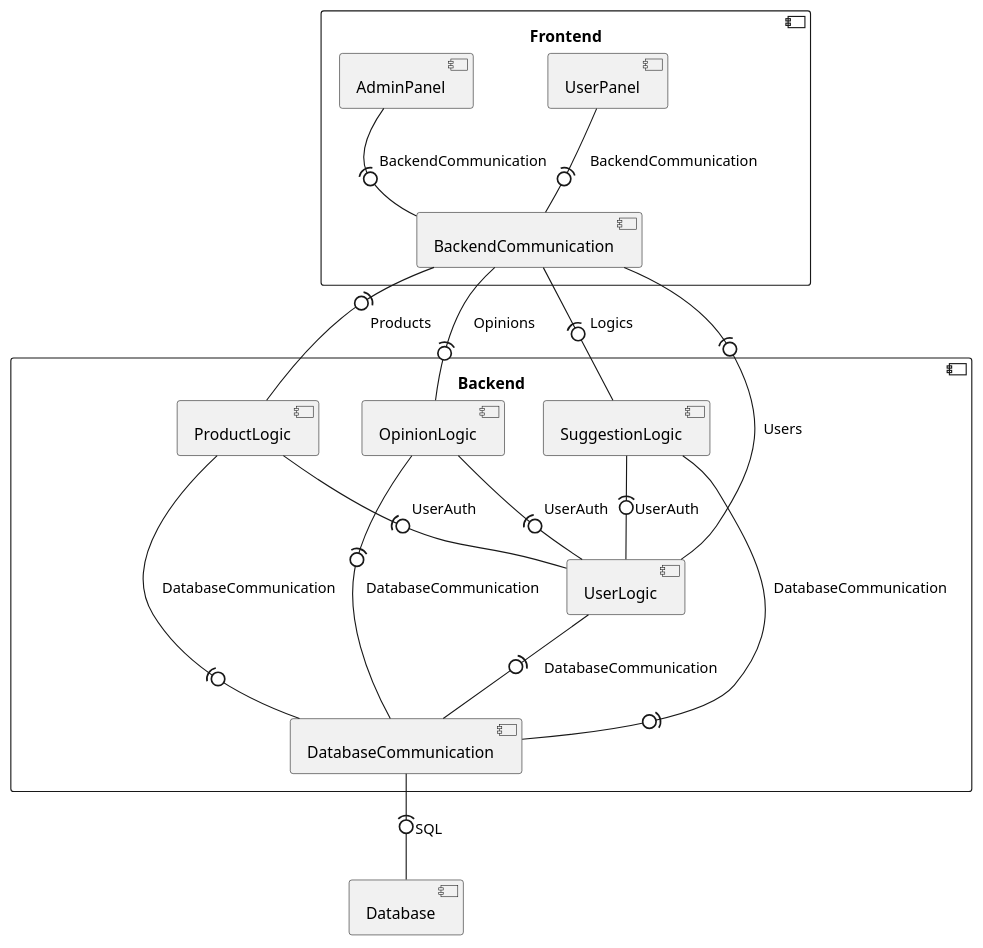
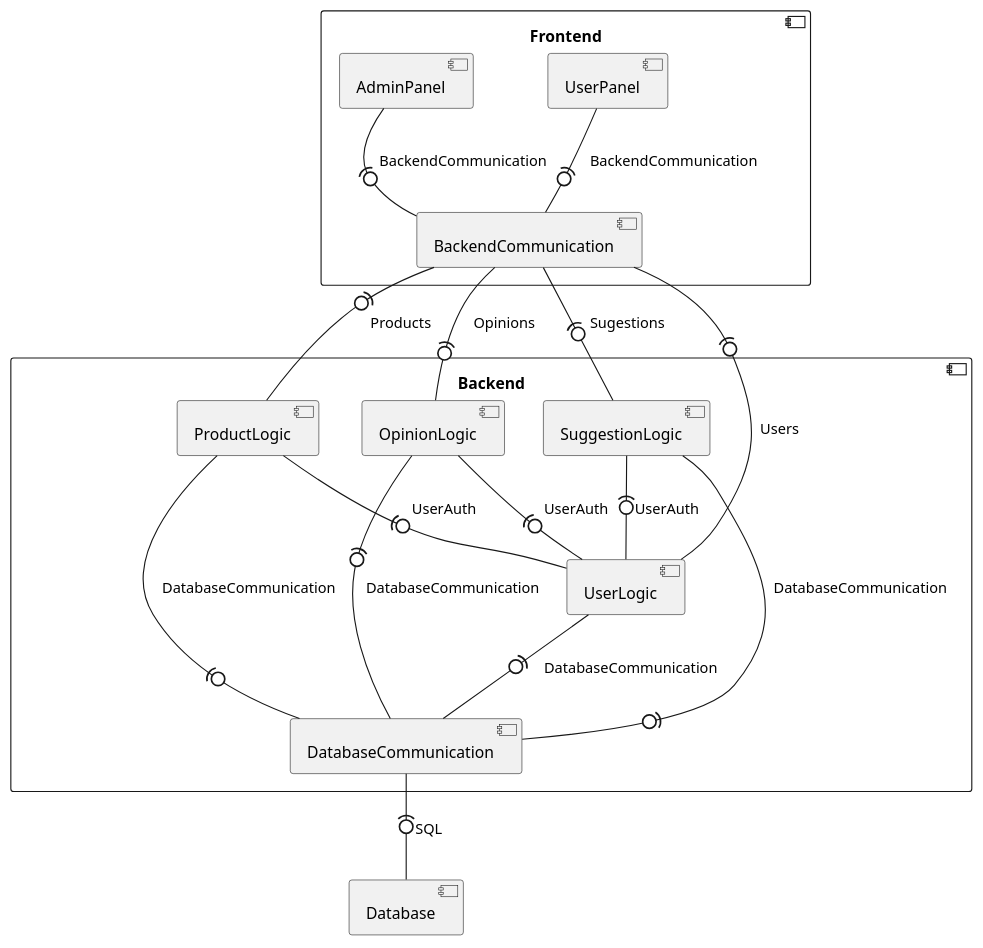
The first of 5 diagrams in README.md (RadekBucki/OpinionCollectorArchitecture), drawn with PlantUML before and after one commit.

````diff
--- a/README.md
+++ b/README.md
@@ -7,51 +7,51 @@
 ```plantuml
 @startuml
 component Frontend {
     component UserPanel {
     }
     
     component AdminPanel {
     }
     
     component BackendCommunication {
     }
 }
 
 component Backend {
     component UserLogic {
     }
     component ProductLogic {
     }
     component OpinionLogic {
     }
     component SuggestionLogic {
     }
     
     component DatabaseCommunication {
     }
 }
 
 component Database {
 }
 
 DatabaseCommunication -(0- Database: SQL
 
 UserLogic             -(0- DatabaseCommunication : DatabaseCommunication
 ProductLogic          -(0- DatabaseCommunication : DatabaseCommunication
 OpinionLogic          -(0- DatabaseCommunication : DatabaseCommunication
 SuggestionLogic       -(0- DatabaseCommunication : DatabaseCommunication
 
 BackendCommunication  -(0- UserLogic       : Users
 BackendCommunication  -(0- ProductLogic    : Products
 BackendCommunication  -(0- OpinionLogic    : Opinions
-BackendCommunication  -(0- SuggestionLogic : Logics
+BackendCommunication  -(0- SuggestionLogic : Sugestions
 
 ProductLogic          -(0- UserLogic : UserAuth
 OpinionLogic          -(0- UserLogic : UserAuth
 SuggestionLogic       -(0- UserLogic : UserAuth
 
 UserPanel             -(0- BackendCommunication : BackendCommunication
 AdminPanel            -(0- BackendCommunication : BackendCommunication
 
 @enduml 
 ```
````
